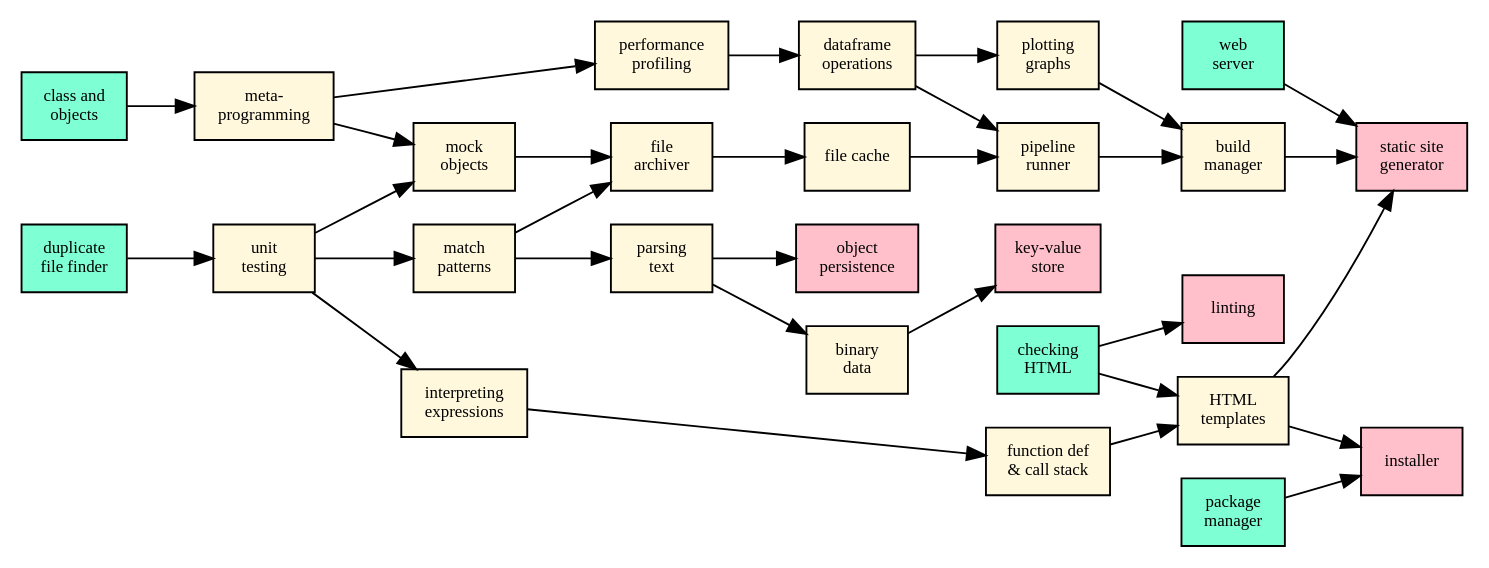
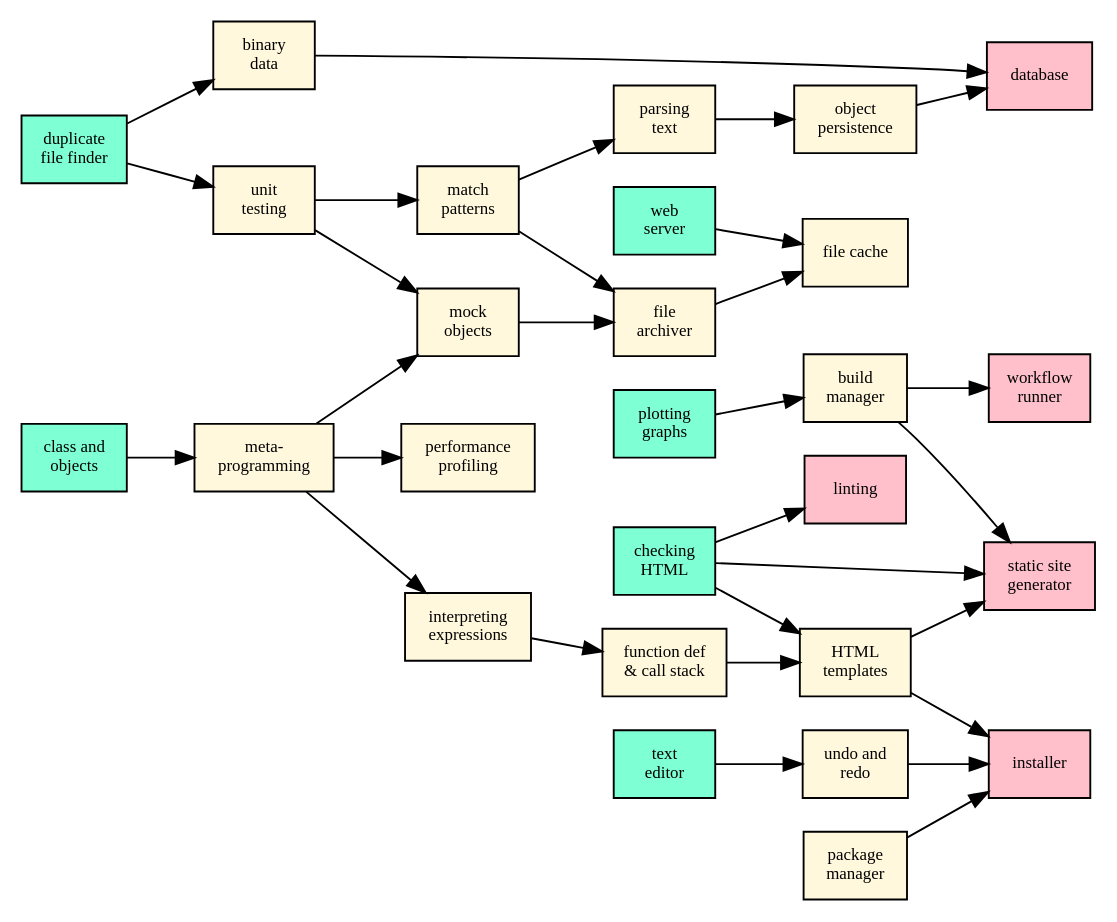
The diagram in src/intro/syllabus.dot (gvwilson/sdxpy), drawn with Graphviz before and after one commit. The commit also changed 4 other files, not shown here.

```diff
--- a/src/intro/syllabus.dot
+++ b/src/intro/syllabus.dot
@@ -1,63 +1,63 @@
 digraph syllabus {
   node [fontname = Verdana, fontsize = 9, shape = box, style = filled];
   rankdir = RL;
   edge [dir = "back"];
 
   archive [label = "file\narchiver", fillcolor = cornsilk];
   binary [label = "binary\ndata", fillcolor = cornsilk];
   build [label = "build\nmanager", fillcolor = cornsilk];
   cache [label = "file cache", fillcolor = cornsilk];
   check [label = "checking\nHTML", fillcolor = aquamarine];
-  db [label = "key-value\nstore", fillcolor = pink];
-  df [label = "dataframe\noperations", fillcolor = cornsilk];
+  db [label = "database", fillcolor = pink];
   dup [label = "duplicate\nfile finder", fillcolor = aquamarine];
+  editor [label = "text\neditor", fillcolor = aquamarine];
+  flow [label = "workflow\nrunner", fillcolor = pink];
   func [label = "function def\n& call stack", fillcolor = cornsilk];
   glob [label = "match\npatterns", fillcolor = cornsilk];
   install [label = "installer", fillcolor = pink];
   interp [label = "interpreting\nexpressions", fillcolor = cornsilk];
   lint [label = "linting", fillcolor = pink];
   meta [label = "meta-\nprogramming", fillcolor = cornsilk];
   mock [label = "mock\nobjects", fillcolor = cornsilk];
   oop [label = "class and\nobjects", fillcolor = aquamarine];
-  pack [label = "package\nmanager", fillcolor = aquamarine];
+  pack [label = "package\nmanager", fillcolor = cornsilk];
   parse [label = "parsing\ntext", fillcolor = cornsilk];
   perf [label = "performance\nprofiling", fillcolor = cornsilk];
-  persist [label = "object\npersistence", fillcolor = pink];
-  pipe [label = "pipeline\nrunner", fillcolor = cornsilk];
-  plot [label = "plotting\ngraphs", fillcolor = cornsilk];
+  persist [label = "object\npersistence", fillcolor = cornsilk];
+  plot [label = "plotting\ngraphs", fillcolor = aquamarine];
   server [label = "web\nserver", fillcolor = aquamarine];
   ssg [label = "static site\ngenerator", fillcolor = pink];
   template [label = "HTML\ntemplates", fillcolor = cornsilk];
   test [label = "unit\ntesting", fillcolor = cornsilk];
+  undo [label = "undo and\nredo", fillcolor = cornsilk];
 
   archive -> {mock, glob};
-  binary -> {parse};
-  build -> {pipe, plot};
-  cache -> {archive};
-  db -> {binary};
-  df -> {perf};
+  binary -> {dup};
+  build -> {plot};
+  cache -> {archive, server};
+  db -> {binary, persist};
+  flow -> {build};
   func -> {interp};
   glob -> {test};
-  install -> {template, pack};
-  interp -> {test};
+  install -> {pack, template, undo};
+  interp -> {meta};
   lint -> {check};
   meta -> {oop};
   mock -> {meta, test};
   parse -> {glob};
   perf -> {meta};
   persist -> {parse};
-  pipe -> {cache, df};
-  plot -> {df};
-  ssg -> {build, server, template}
+  ssg -> {build, check, template}
   template -> {check, func};
   test -> {dup};
+  undo -> {editor};
 
   /*
   subgraph cluster_legend {
     source [label = "source", fillcolor = aquamarine];
     flow [label = "flow", fillcolor = cornsilk];
     sink [label = "sink", fillcolor = pink];
     sink -> flow -> source;
   }
   */
 }
```
